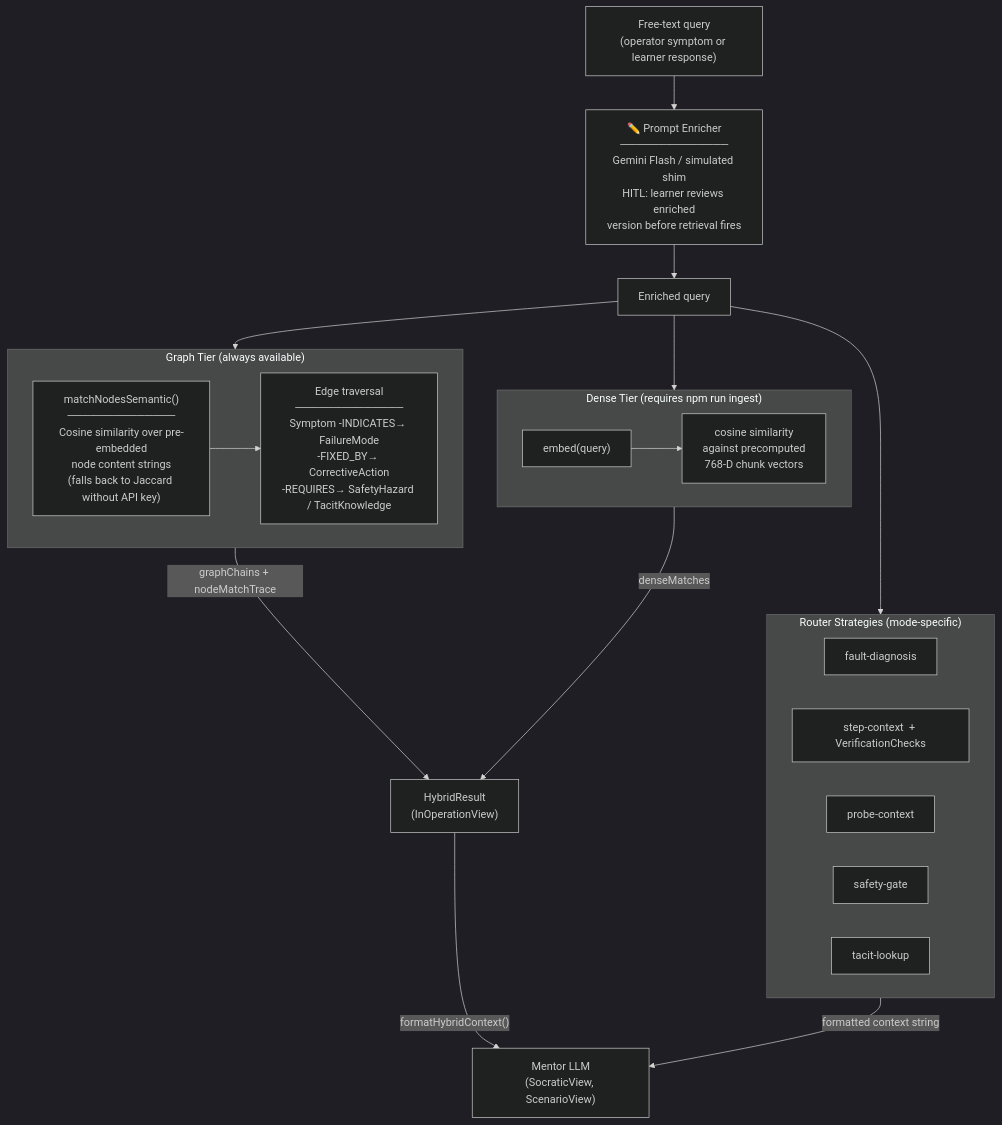
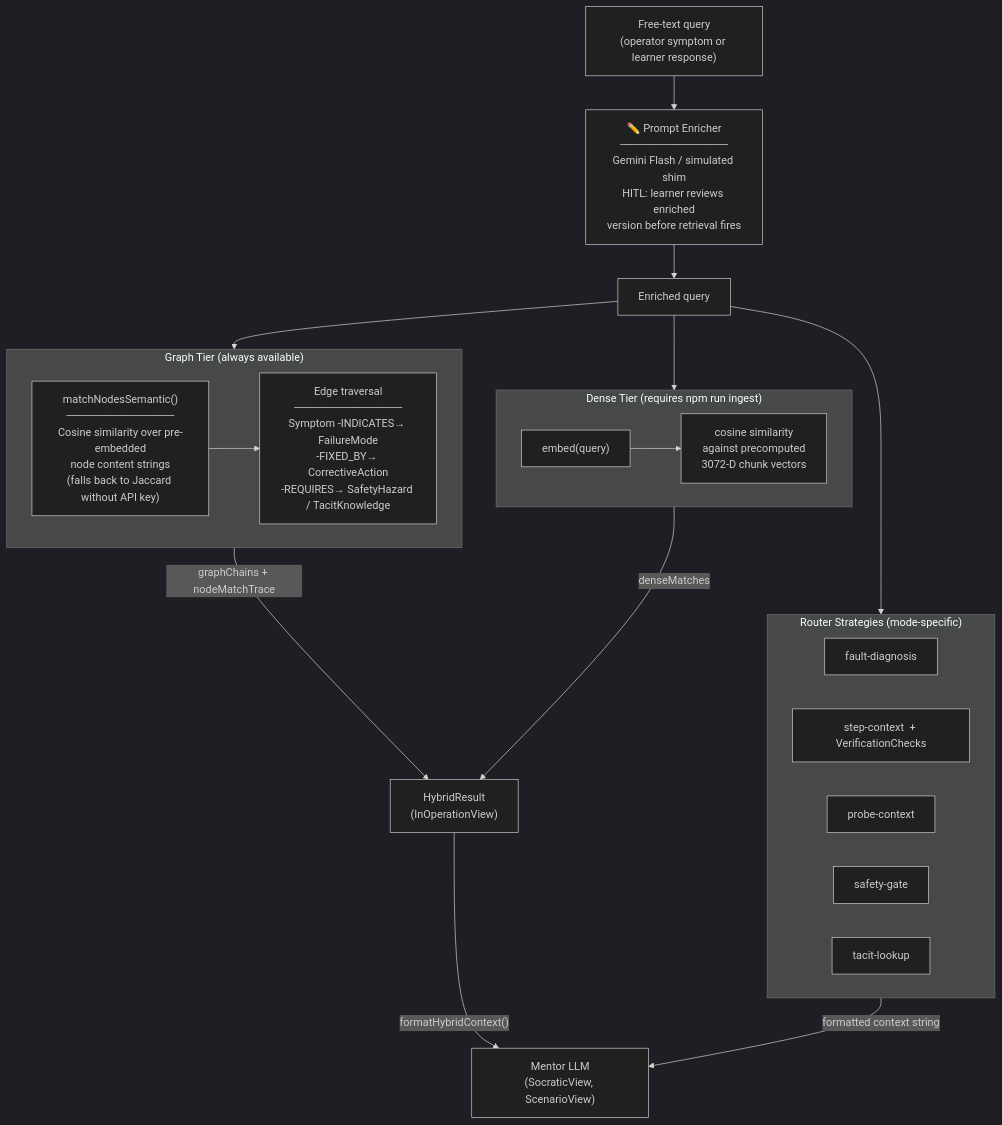
The second of 4 diagrams in docs/whitepaper.md (wrgr/socratic-scenarios), drawn with Mermaid (dark theme) before and after one commit. The commit also changed other lines of this file and 35 other files, not shown here.

````diff
--- a/docs/whitepaper.md
+++ b/docs/whitepaper.md
@@ -105,39 +105,39 @@
 ```mermaid
 flowchart TD
     QUERY["Free-text query\n(operator symptom or learner response)"]
 
     PE["✏️ Prompt Enricher\n──────────────\nGemini Flash / simulated shim\nHITL: learner reviews enriched\nversion before retrieval fires"]
 
     EQ["Enriched query"]
 
     subgraph GRAPH["Graph Tier  (always available)"]
         GM["matchNodesSemantic()\n──────────────\nCosine similarity over pre-embedded\nnode content strings\n(falls back to Jaccard without API key)"]
         TRAV["Edge traversal\n──────────────\nSymptom -INDICATES→ FailureMode\n-FIXED_BY→ CorrectiveAction\n-REQUIRES→ SafetyHazard / TacitKnowledge"]
         GM --> TRAV
     end
 
     subgraph DENSE["Dense Tier  (requires npm run ingest)"]
         EMBI["embed(query)"]
-        COS["cosine similarity\nagainst precomputed\n768-D chunk vectors"]
+        COS["cosine similarity\nagainst precomputed\n3072-D chunk vectors"]
         EMBI --> COS
     end
 
     subgraph ROUTER["Router Strategies  (mode-specific)"]
         FD["fault-diagnosis"]
         SC["step-context  + VerificationChecks"]
         PC["probe-context"]
         SG["safety-gate"]
         TL["tacit-lookup"]
     end
 
     QUERY --> PE
     PE --> EQ
     EQ --> GRAPH
     EQ --> DENSE
     EQ --> ROUTER
 
     GRAPH -->|"graphChains + nodeMatchTrace"| HYBRID["HybridResult\n(InOperationView)"]
     DENSE -->|"denseMatches"| HYBRID
     ROUTER -->|"formatted context string"| MENTOR["Mentor LLM\n(SocraticView, ScenarioView)"]
     HYBRID -->|"formatHybridContext()"| MENTOR
 ```
````
